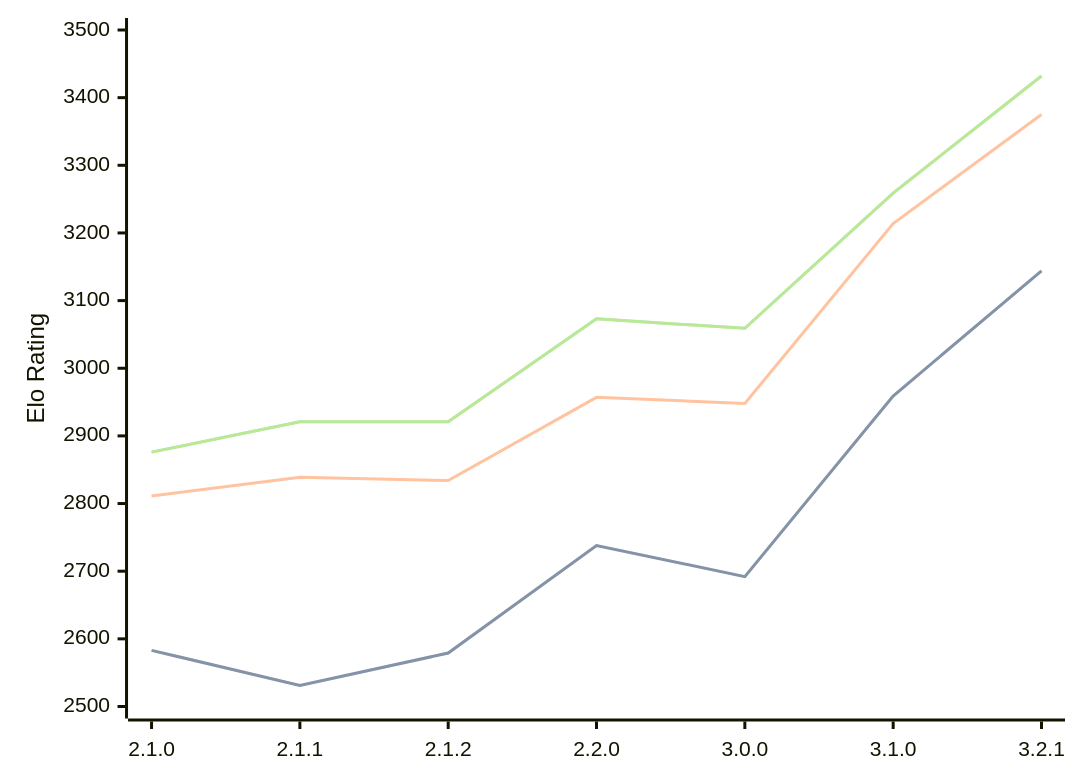
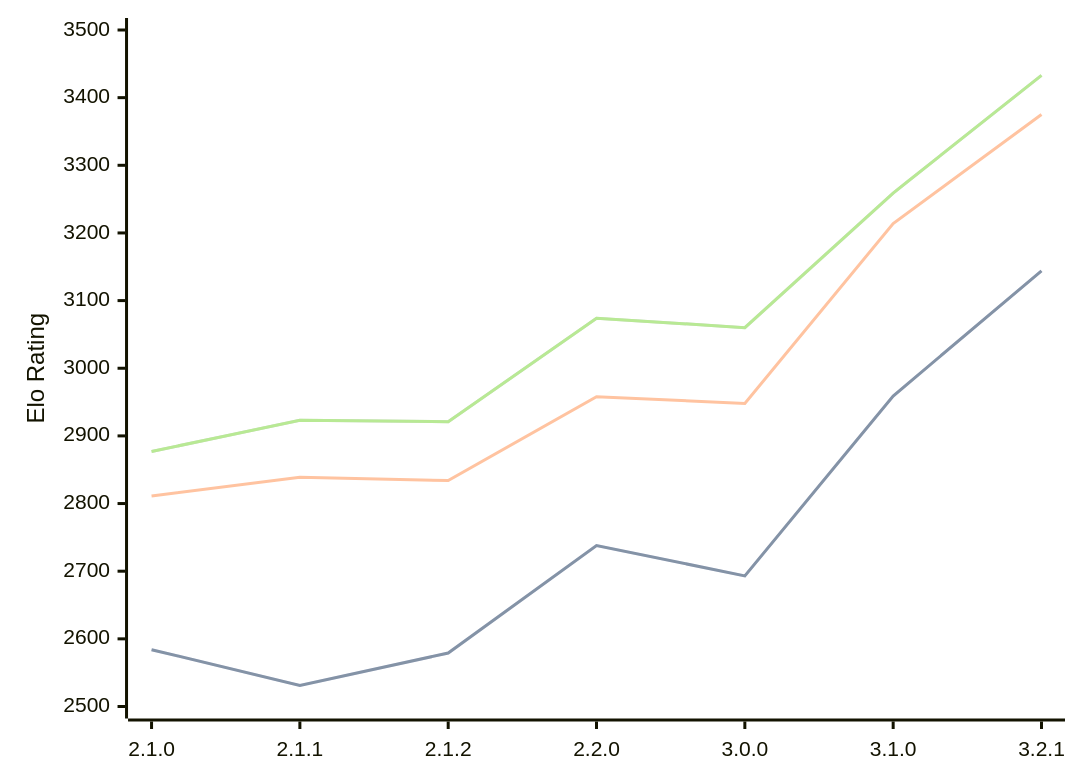
Before and after one commit to computer-chess-index/cci: the diagram in engines/Prune.md, drawn with Mermaid. The commit also changed other lines of this file, not shown here.

Commit message:
Update CCI Ratings (ELO VLTC) - 2026-05-17

````diff
--- a/engines/Prune.md
+++ b/engines/Prune.md
@@ -42,11 +42,11 @@
 ```mermaid
 %%{init: {"theme":"base","themeVariables":{"seriesColors:['#a3a3a3','#222221','#faa371']}}}%%
 xychart-beta
   x-axis ["2.1.0", "2.1.1", "2.1.2", "2.2.0", "3.0.0", "3.1.0", "3.2.1"]
   y-axis "Elo Rating" 2500 --> 3500
-  line "STC (8.0+0.08s)" [2583, 2531, 2579, 2738, 2692, 2959, 3144]
-  line "STC (8.0+0.08s)" [2583, 2531, 2579, 2738, 2692, 2959, 3144]
-  line "LTC (60.0+0.60s)" [2811, 2839, 2834, 2957, 2948, 3214, 3375]
-  line "VLTC (2m24s+1.12s)" [2876, 2921, 2921, 3073, 3059, 3259, 3432]
-  line "VLTC (2m24s+1.12s)" [2876, 2921, 2921, 3073, 3059, 3259, 3432]
+  line "STC (8.0+0.08s)" [2584, 2531, 2579, 2738, 2693, 2959, 3144]
+  line "STC (8.0+0.08s)" [2584, 2531, 2579, 2738, 2693, 2959, 3144]
+  line "LTC (60.0+0.60s)" [2811, 2839, 2834, 2958, 2948, 3214, 3375]
+  line "VLTC (2m24s+1.12s)" [2877, 2923, 2921, 3074, 3060, 3259, 3433]
+  line "VLTC (2m24s+1.12s)" [2877, 2923, 2921, 3074, 3060, 3259, 3433]
 ```
````
